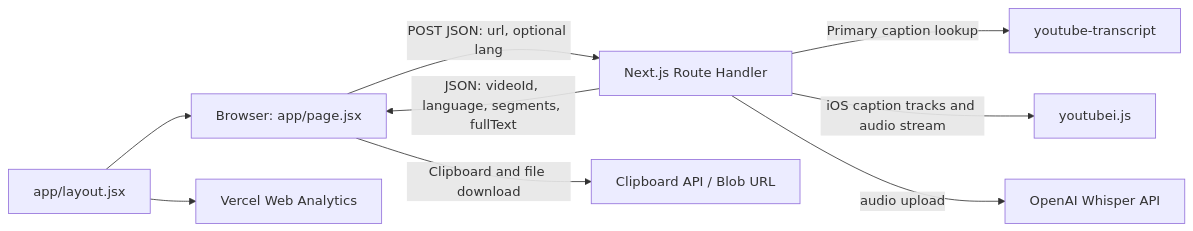
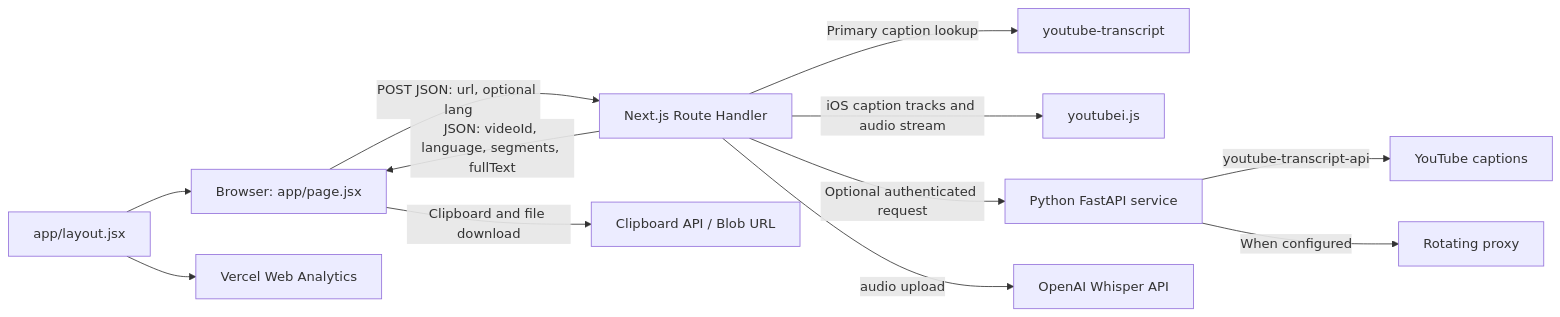
One commit to mrvasani48/transcript changed the second of 2 diagrams in PROJECT_GUIDE.md. Above: the diagram before and after it, drawn with Mermaid. The commit also changed other lines of this file and 6 other files, not shown here.

Commit message:
feat: implement optional Python transcript service with proxy support

````diff
--- a/PROJECT_GUIDE.md
+++ b/PROJECT_GUIDE.md
@@ -50,11 +50,14 @@
 ```mermaid
 flowchart LR
     Browser[Browser: app/page.jsx] -->|POST JSON: url, optional lang| API[Next.js Route Handler]
     Browser -->|Clipboard and file download| BrowserAPIs[Clipboard API / Blob URL]
     API -->|Primary caption lookup| Captions[youtube-transcript]
     API -->|iOS caption tracks and audio stream| InnerTube[youtubei.js]
+    API -->|Optional authenticated request| Python[Python FastAPI service]
+    Python -->|youtube-transcript-api| YouTubeCaptions[YouTube captions]
+    Python -->|When configured| Proxy[Rotating proxy]
     API -->|audio upload| Whisper[OpenAI Whisper API]
     Layout[app/layout.jsx] --> Analytics[Vercel Web Analytics]
     Layout --> Browser
     API -->|JSON: videoId, language, segments, fullText| Browser
 ```
````
